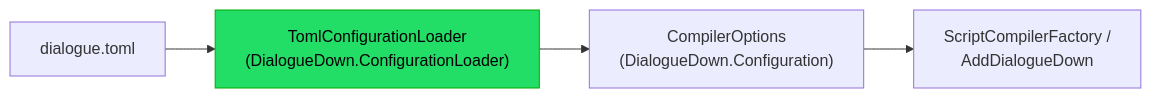
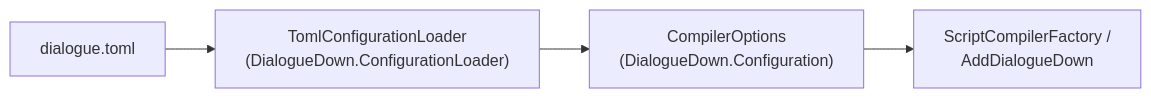
One commit to pengzhengyi/dialoguedown changed the diagram in docs/contributing/design-notes/configuration/Configuration Loader.md. Above: the diagram before and after it, drawn with Mermaid. The commit also changed other lines of this file and 124 other files, not shown here.

````diff
--- a/docs/contributing/design-notes/configuration/Configuration Loader.md
+++ b/docs/contributing/design-notes/configuration/Configuration Loader.md
@@ -53,7 +21,6 @@
 ```mermaid
 flowchart LR
     T["dialogue.toml"] --> L["TomlConfigurationLoader<br/>(DialogueDown.ConfigurationLoader)"]
     L --> O["CompilerOptions<br/>(DialogueDown.Configuration)"]
     O --> C["ScriptCompilerFactory /<br/>AddDialogueDown"]
-    style L fill:#2d6,stroke:#0a0,color:#000
 ```
````
